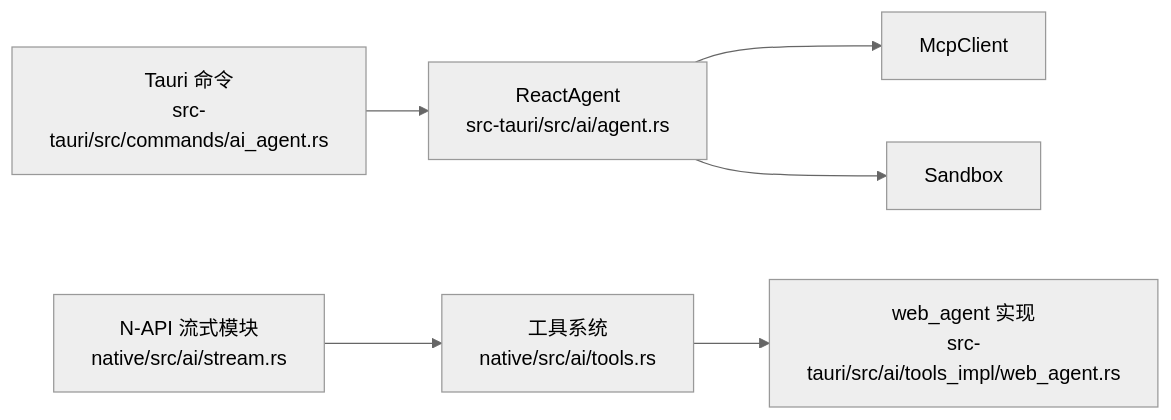
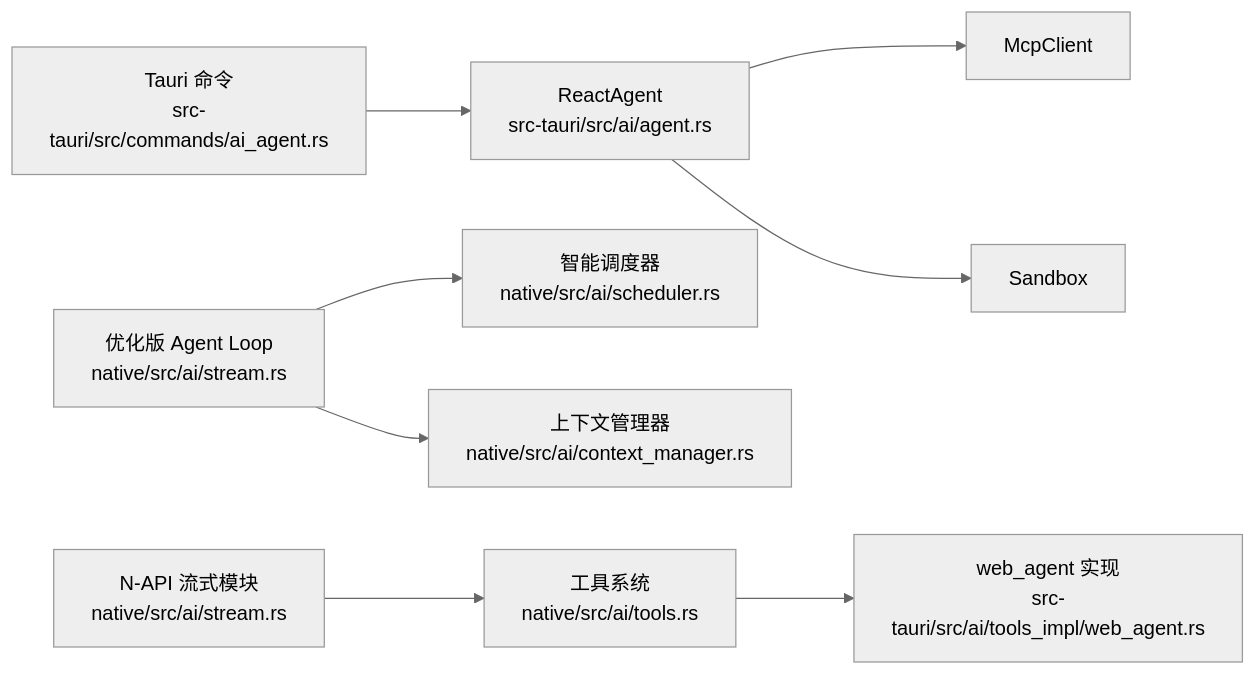
The eighth of 8 diagrams in .qoder/repowiki/zh/content/AI 代理系统/Agent Loop 核心引擎.md (baike08/cosurf), drawn with Mermaid (neutral theme) before and after one commit. The commit also changed other lines of this file and 15 other files, not shown here.

````diff
--- a/.qoder/repowiki/zh/content/AI 代理系统/Agent Loop 核心引擎.md
+++ b/.qoder/repowiki/zh/content/AI 代理系统/Agent Loop 核心引擎.md
@@ -292,8 +527,10 @@
 ```mermaid
 graph LR
 ReactAgent["ReactAgent<br/>src-tauri/src/ai/agent.rs"] --> McpClient["McpClient"]
 ReactAgent --> Sandbox["Sandbox"]
 Commands["Tauri 命令<br/>src-tauri/src/commands/ai_agent.rs"] --> ReactAgent
+OptimizedLoop["优化版 Agent Loop<br/>native/src/ai/stream.rs"] --> Scheduler["智能调度器<br/>native/src/ai/scheduler.rs"]
+OptimizedLoop --> ContextMgr["上下文管理器<br/>native/src/ai/context_manager.rs"]
 Native["N-API 流式模块<br/>native/src/ai/stream.rs"] --> Tools["工具系统<br/>native/src/ai/tools.rs"]
 Tools --> WebAgentImpl["web_agent 实现<br/>src-tauri/src/ai/tools_impl/web_agent.rs"]
 ```
````
